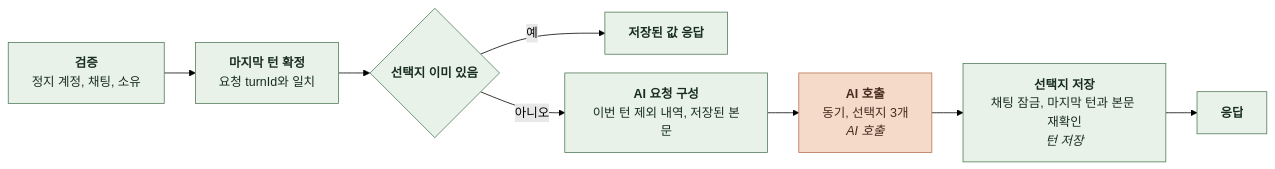
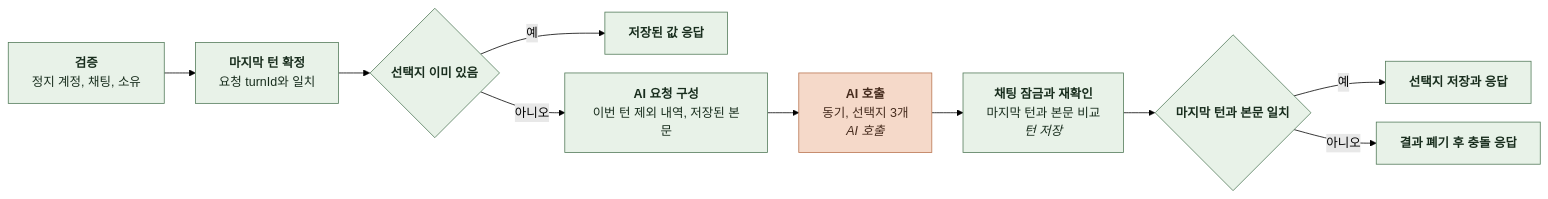
Before and after one commit to KIM-N-KANG/knk-harness: the seventh of 13 diagrams in docs/domain/CHAT/BACKEND/4-1-PIPELINES.md, drawn with Mermaid (forest theme). The commit also changed other lines of this file and 13 other files, not shown here.

````diff
--- a/docs/domain/CHAT/BACKEND/4-1-PIPELINES.md
+++ b/docs/domain/CHAT/BACKEND/4-1-PIPELINES.md
@@ -367,22 +379,24 @@
 ```mermaid
 %%{init: {"flowchart": {"curve": "basis", "nodeSpacing": 24, "rankSpacing": 40}}}%%
 flowchart LR
     A["`**검증**
 정지 계정, 채팅, 소유`"] --> B["`**마지막 턴 확정**
 요청 turnId와 일치`"]
     B --> C{"`**선택지 이미 있음**`"}
     C -->|예| D["`**저장된 값 응답**`"]
     C -->|아니오| E["`**AI 요청 구성**
 이번 턴 제외 내역, 저장된 본문`"]
     E --> F["`**AI 호출**
 동기, 선택지 3개
 *AI 호출*`"]
-    F --> G["`**선택지 저장**
-채팅 잠금, 마지막 턴과 본문 재확인
+    F --> G["`**채팅 잠금과 재확인**
+마지막 턴과 본문 비교
 *턴 저장*`"]
-    G --> H["`**응답**`"]
+    G --> V{"`**마지막 턴과 본문 일치**`"}
+    V -->|예| H["`**선택지 저장과 응답**`"]
+    V -->|아니오| X["`**결과 폐기 후 충돌 응답**`"]
     classDef comp fill:#E8F2E8,stroke:#527A59,color:#182D1D
     classDef task fill:#F5D9C9,stroke:#B97450,color:#452B1D
-    class A,B,C,D,E,G,H comp
+    class A,B,C,D,E,G,V,X,H comp
     class F task
 ```
````
